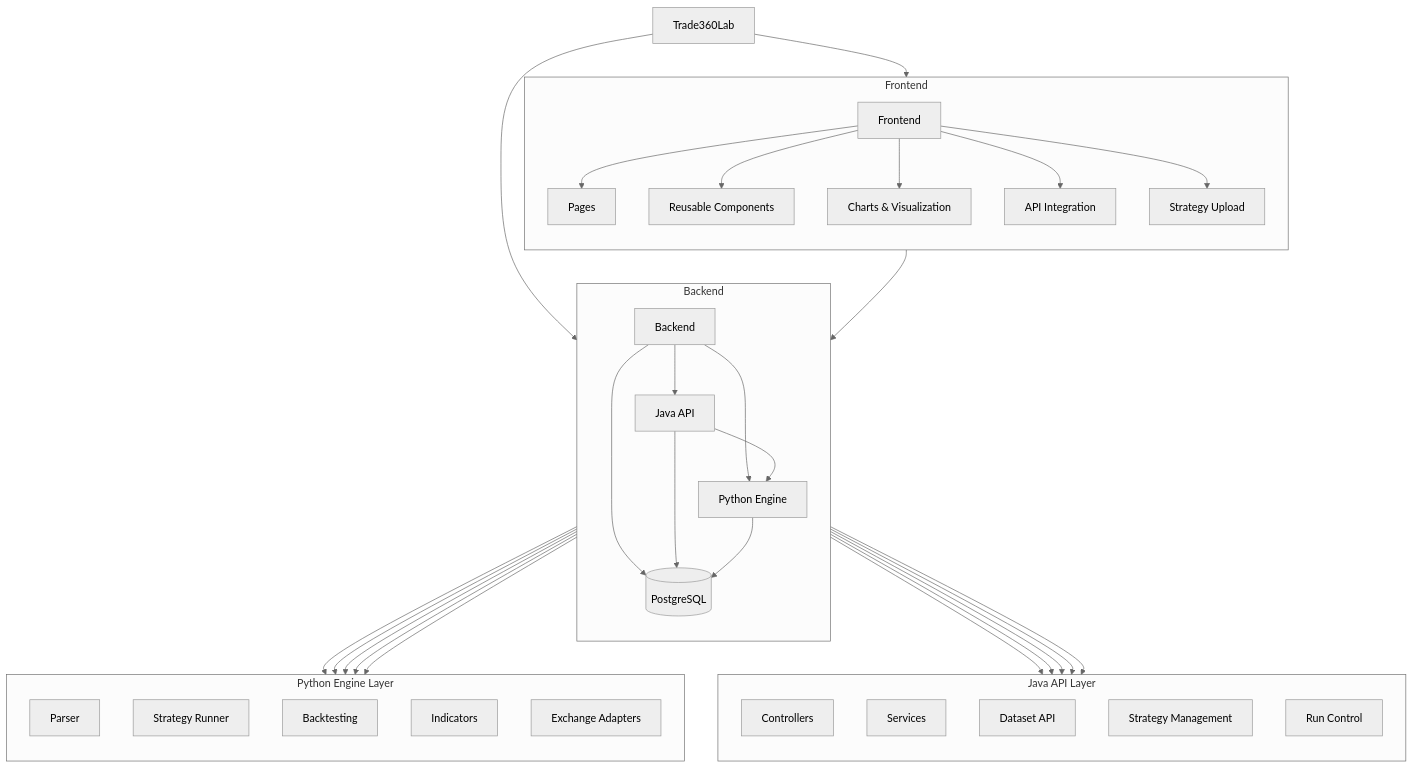
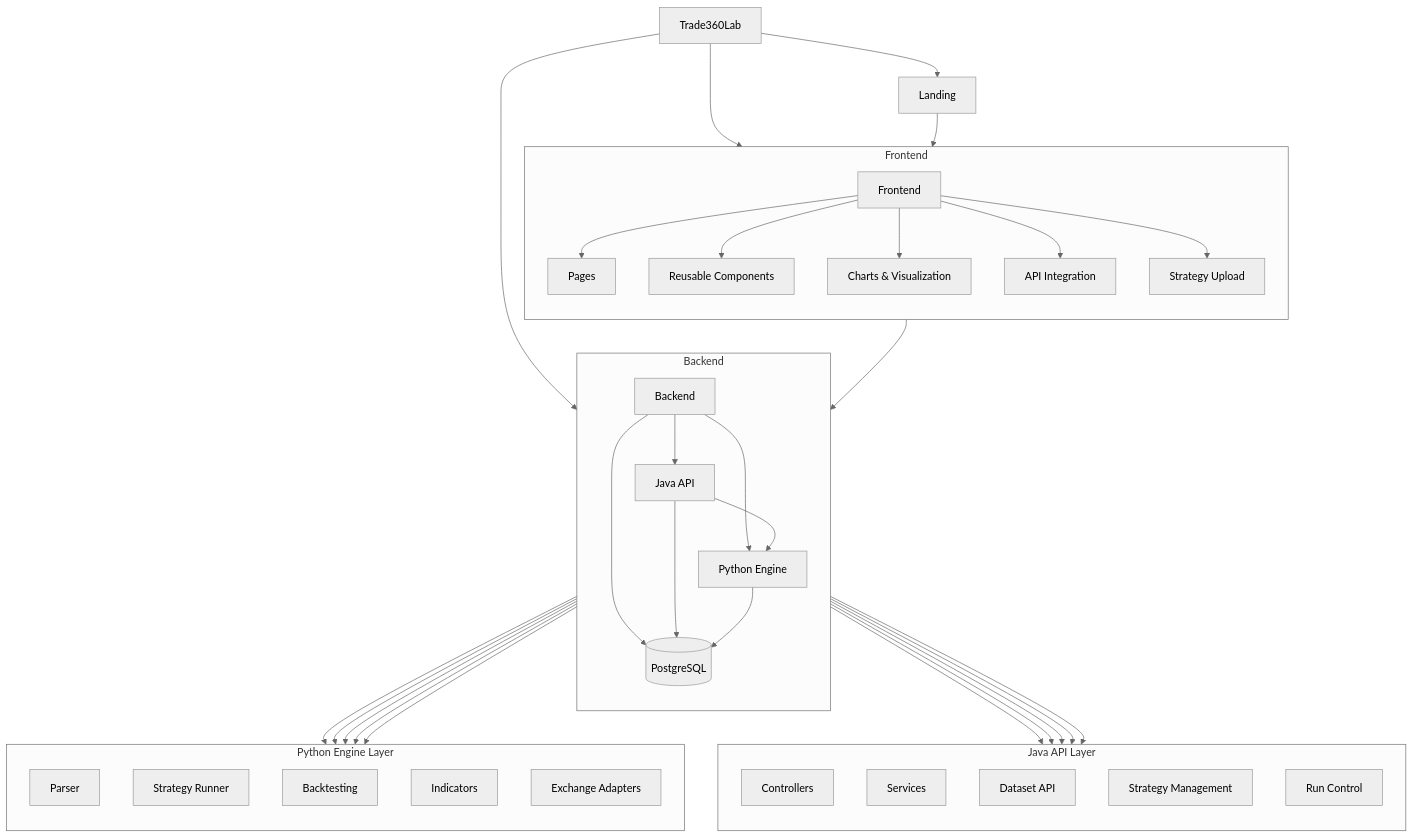
The diagram in README.md (AlexToday111/TradeLab), drawn with Mermaid (neutral theme) before and after one commit.

````diff
--- a/README.md
+++ b/README.md
@@ -10,51 +10,55 @@
 ```mermaid
 flowchart TB
     A[Trade360Lab]
 
+    A --> L[Landing]
     A --> F[Frontend]
     A --> B[Backend]
 
     %% Frontend
     subgraph Frontend
         direction TB
         F --> F1[Pages]
         F --> F2[Reusable Components]
         F --> F3[Charts & Visualization]
         F --> F4[API Integration]
         F --> F5[Strategy Upload]
     end
 
     %% Backend
     subgraph Backend
         direction TB
         B --> J[Java API]
         B --> D[(PostgreSQL)]
         B --> P[Python Engine]
     end
 
     %% Java Layer
     subgraph "Java API Layer"
         direction TB
         J --> J1[Controllers]
         J --> J2[Services]
         J --> J3[Dataset API]
         J --> J4[Strategy Management]
         J --> J5[Run Control]
     end
 
     %% Python Layer
     subgraph "Python Engine Layer"
         direction TB
         P --> P1[Parser]
         P --> P2[Strategy Runner]
         P --> P3[Backtesting]
         P --> P4[Indicators]
         P --> P5[Exchange Adapters]
     end
 
     %% Data flow
     F4 --> J
     J --> D
     J --> P
     P --> D
+
+    %% Landing connection
+    L --> F
 ```
````
